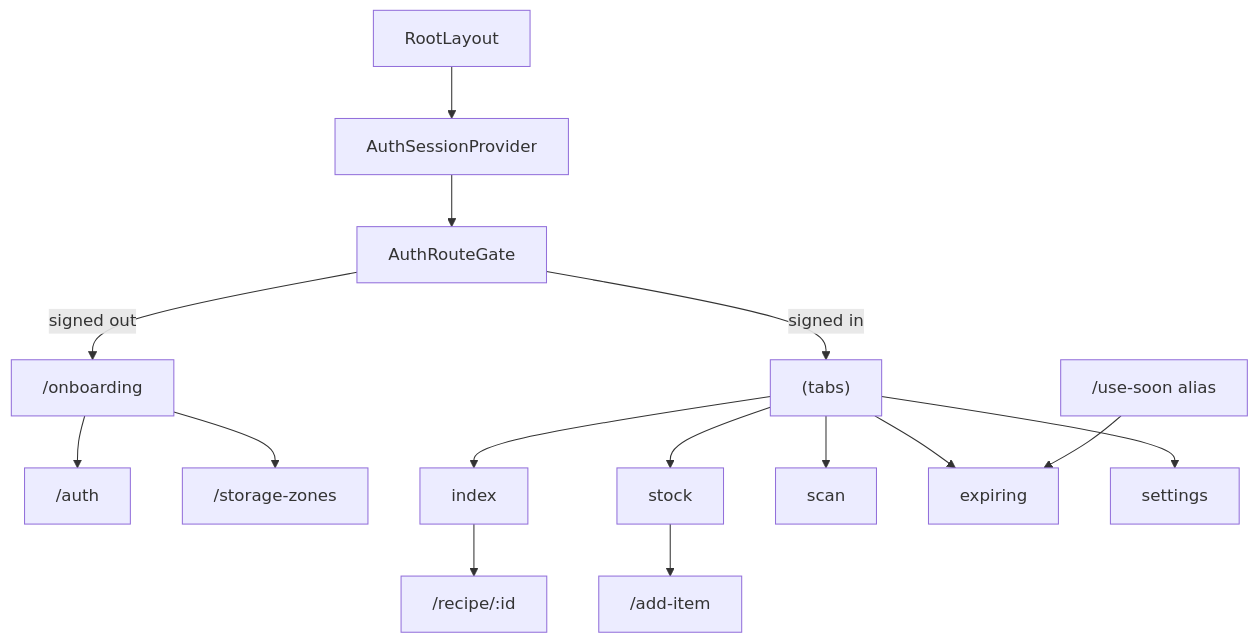
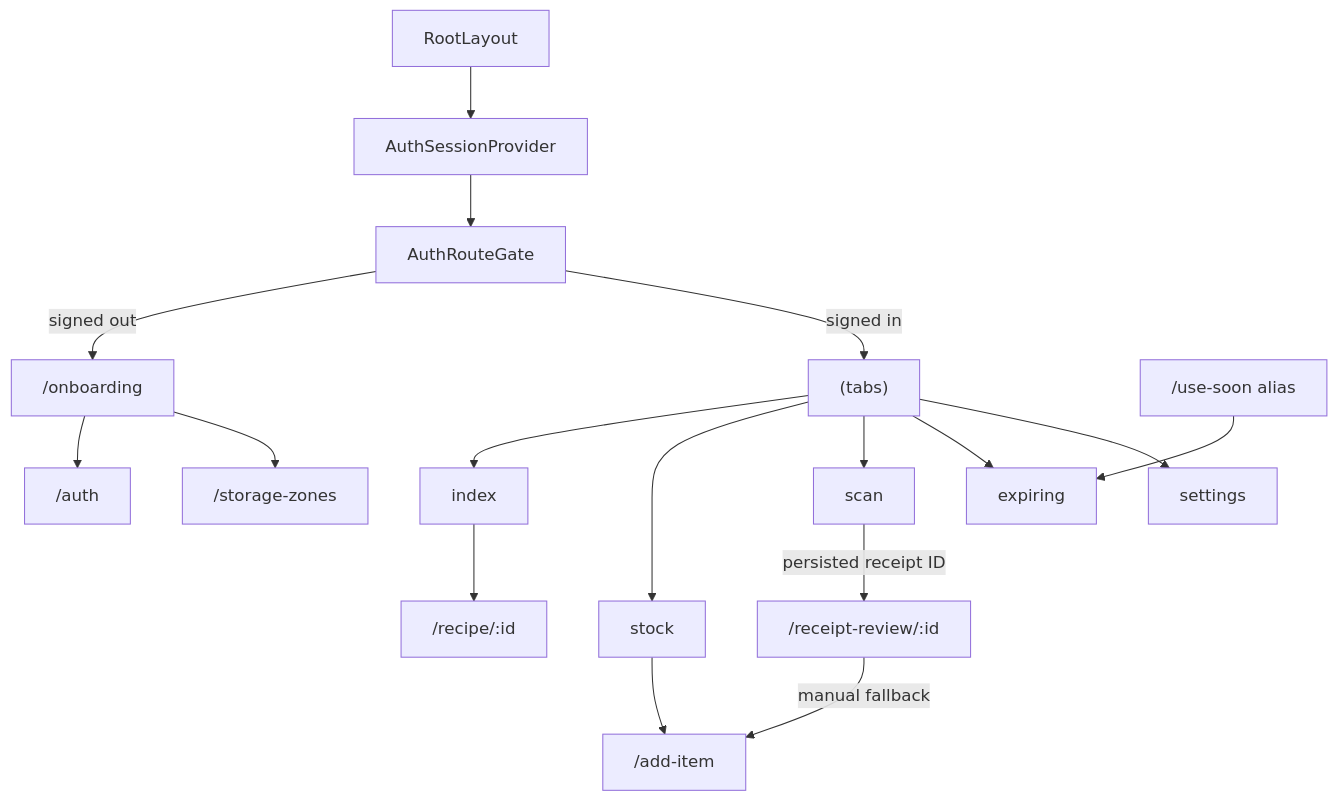
Before and after one commit to redonhalimaj/sackerl: the diagram in docs/code-map/Mobile Navigation.md, drawn with Mermaid. The commit also changed other lines of this file and 93 other files, not shown here.

Commit message:
feat: add receipt review and expiry provenance foundations

````diff
--- a/docs/code-map/Mobile Navigation.md
+++ b/docs/code-map/Mobile Navigation.md
@@ -12,17 +12,19 @@
 ```mermaid
 flowchart TD
   Root[RootLayout] --> Session[AuthSessionProvider]
   Session --> Gate[AuthRouteGate]
   Gate -->|signed out| Onboarding["/onboarding"]
   Gate -->|signed in| Tabs["(tabs)"]
   Onboarding --> Auth["/auth"]
   Onboarding --> Zones["/storage-zones"]
   Tabs --> Home["index"]
   Tabs --> Stock["stock"]
   Tabs --> Scan["scan"]
+  Scan -->|persisted receipt ID| Review["/receipt-review/:id"]
+  Review -->|manual fallback| Add
   Tabs --> Expiring["expiring"]
   Tabs --> Settings["settings"]
   Home --> Detail["/recipe/:id"]
   Stock --> Add["/add-item"]
   UseSoon["/use-soon alias"] --> Expiring
 ```
````
